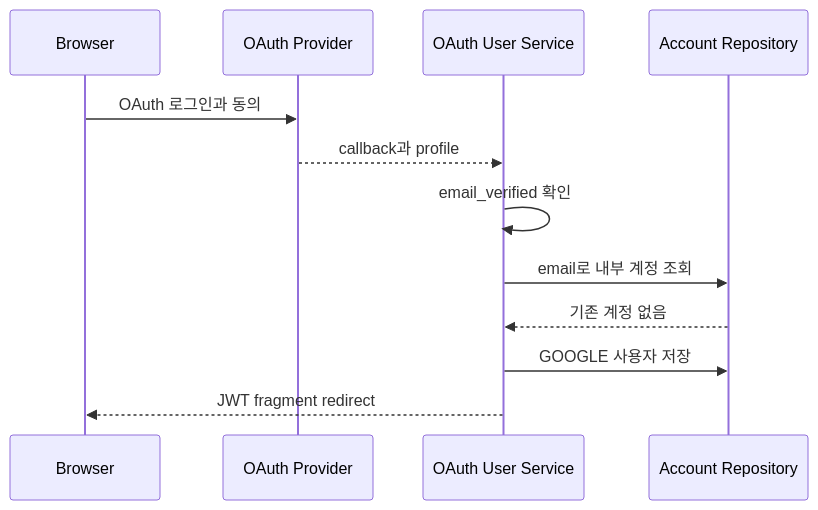
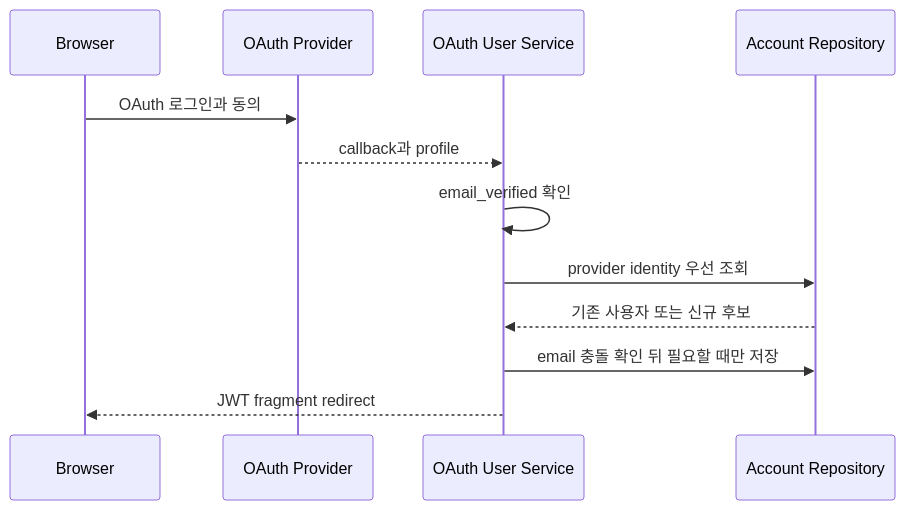
One commit to stdiodh/spring-boot-db-access-lab changed the fourth of 5 diagrams in docs/theory.md. Above: the diagram before and after it, drawn with Mermaid. The commit also changed other lines of this file and 3 other files, not shown here.

````diff
--- a/docs/theory.md
+++ b/docs/theory.md
@@ -217,14 +206,14 @@
 ```mermaid
 sequenceDiagram
     participant B as Browser
     participant P as OAuth Provider
     participant O as OAuth User Service
     participant R as Account Repository
     B->>P: OAuth 로그인과 동의
     P-->>O: callback과 profile
     O->>O: email_verified 확인
-    O->>R: email로 내부 계정 조회
-    R-->>O: 기존 계정 없음
-    O->>R: GOOGLE 사용자 저장
+    O->>R: provider identity 우선 조회
+    R-->>O: 기존 사용자 또는 신규 후보
+    O->>R: email 충돌 확인 뒤 필요할 때만 저장
     O-->>B: JWT fragment redirect
 ```
````
